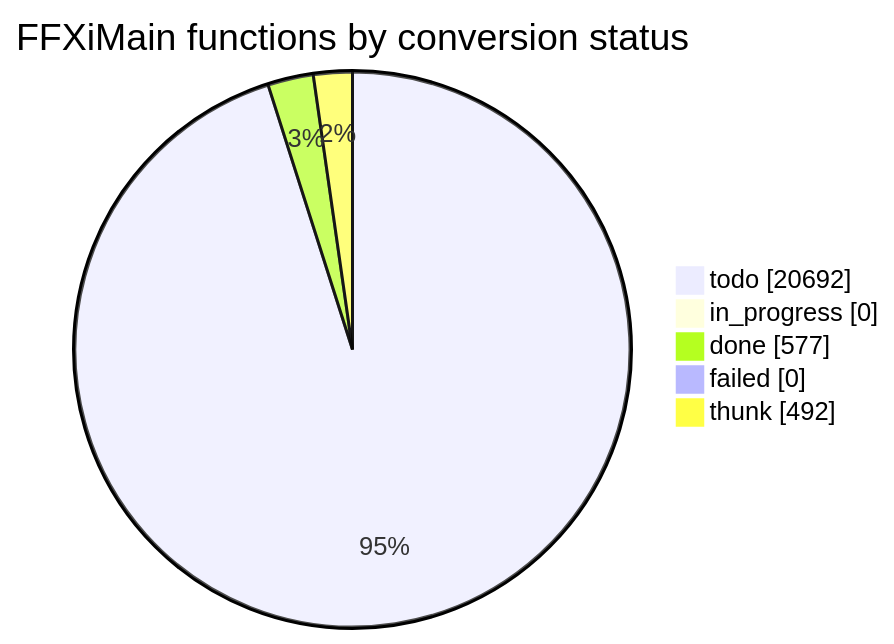
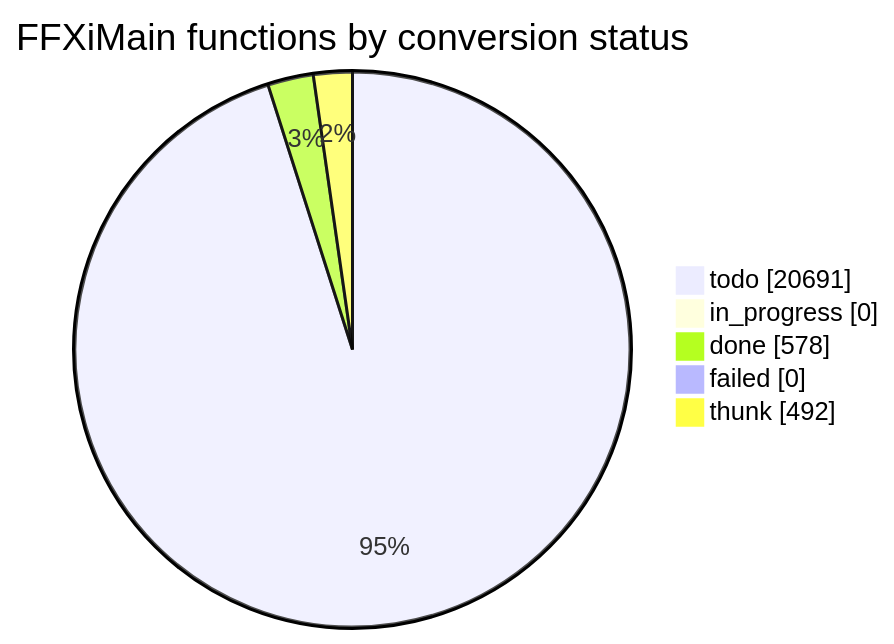
One commit to cowrevenge/cow_kuluu_xi_anything changed the diagram in docs/cow/STATUS.md. Above: the diagram before and after it, drawn with Mermaid. The commit also changed other lines of this file and 9 other files, not shown here.

````diff
--- a/docs/cow/STATUS.md
+++ b/docs/cow/STATUS.md
@@ -18,9 +18,9 @@
 ```mermaid
 pie showData
     title FFXiMain functions by conversion status
-    "todo" : 20692
+    "todo" : 20691
     "in_progress" : 0
-    "done" : 577
+    "done" : 578
     "failed" : 0
     "thunk" : 492
 ```
````
